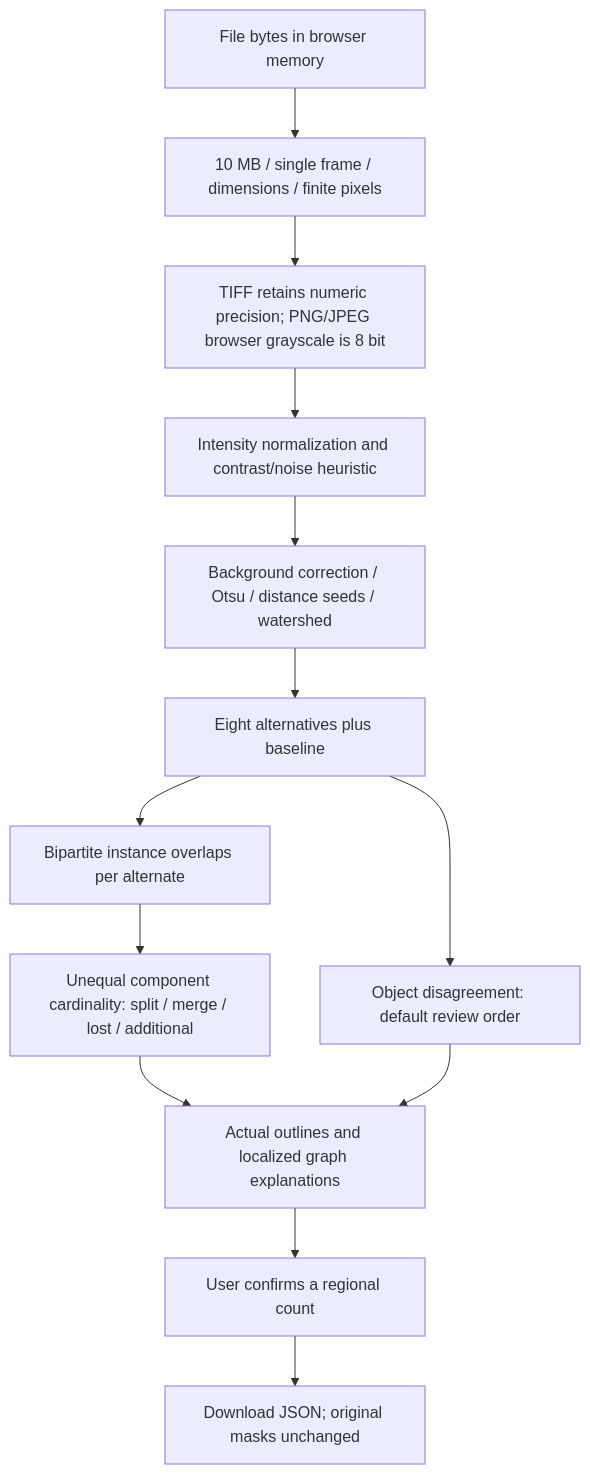
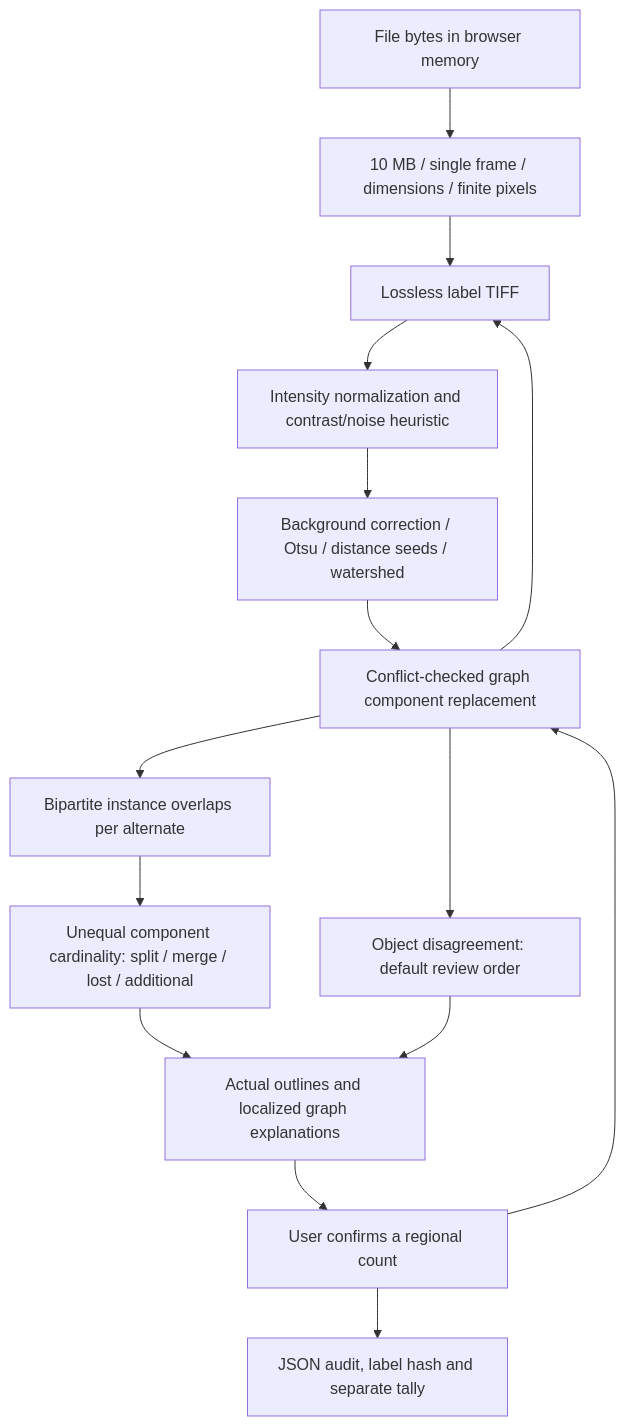
The second of 3 diagrams in docs/architecture.md (dumbthing999-ui/nuclei-lens), drawn with Mermaid before and after one commit. The commit also changed other lines of this file and 92 other files, not shown here.

Commit message:
feat: add conflict-checked mask correction and lossless label export

````diff
--- a/docs/architecture.md
+++ b/docs/architecture.md
@@ -40,15 +40,17 @@
 ```mermaid
 flowchart TD
   B[File bytes in browser memory] --> V[10 MB / single frame / dimensions / finite pixels]
   V --> T[TIFF retains numeric precision; PNG/JPEG browser grayscale is 8 bit]
   T --> N[Intensity normalization and contrast/noise heuristic]
   N --> S[Background correction / Otsu / distance seeds / watershed]
   S --> P[Eight alternatives plus baseline]
   P --> G[Bipartite instance overlaps per alternate]
   G --> E[Unequal component cardinality: split / merge / lost / additional]
   P --> R[Object disagreement: default review order]
   E --> U[Actual outlines and localized graph explanations]
   R --> U
   U --> H[User confirms a regional count]
-  H --> X[Download JSON; original masks unchanged]
+  H --> P[Conflict-checked graph component replacement]
+  P --> T[Lossless label TIFF]
+  H --> X[JSON audit, label hash and separate tally]
 ```
````
